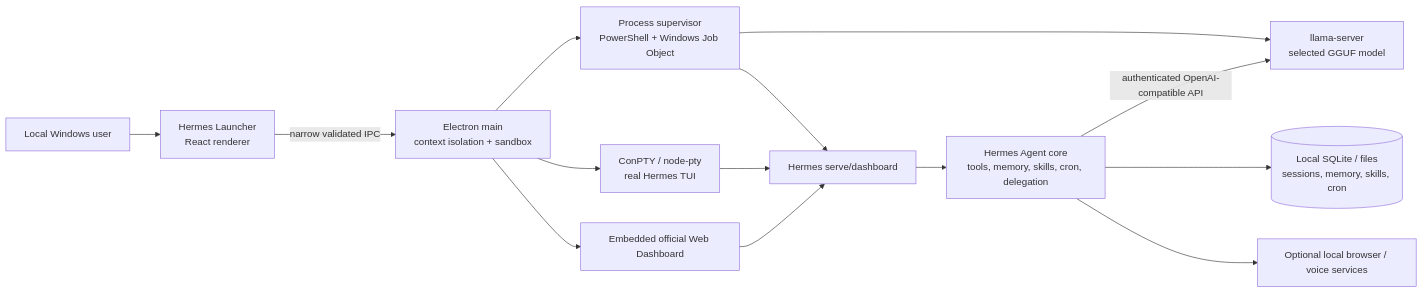
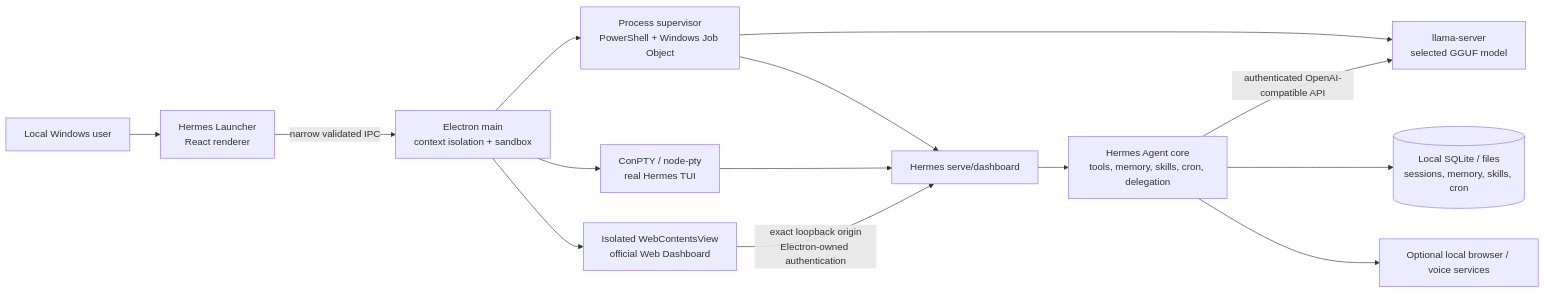
One commit to xdCloudy/Hermes-Local changed the first of 2 diagrams in docs/ARCHITECTURE.md. Above: the diagram before and after it, drawn with Mermaid. The commit also changed other lines of this file, not shown here.

Commit message:
docs: document secure embedded dashboard

````diff
--- a/docs/ARCHITECTURE.md
+++ b/docs/ARCHITECTURE.md
@@ -7,16 +7,16 @@
 ```mermaid
 flowchart LR
   U["Local Windows user"] --> R["Hermes Launcher<br/>React renderer"]
   R -->|"narrow validated IPC"| E["Electron main<br/>context isolation + sandbox"]
   E --> P["Process supervisor<br/>PowerShell + Windows Job Object"]
   E --> T["ConPTY / node-pty<br/>real Hermes TUI"]
-  E --> D["Embedded official Web Dashboard"]
+  E --> D["Isolated WebContentsView<br/>official Web Dashboard"]
   P --> L["llama-server<br/>selected GGUF model"]
   P --> H["Hermes serve/dashboard"]
   T --> H
-  D --> H
+  D -->|"exact loopback origin<br/>Electron-owned authentication"| H
   H --> A["Hermes Agent core<br/>tools, memory, skills, cron, delegation"]
   A -->|"authenticated OpenAI-compatible API"| L
   A --> S[("Local SQLite / files<br/>sessions, memory, skills, cron")]
   A --> B["Optional local browser / voice services"]
 ```
````
